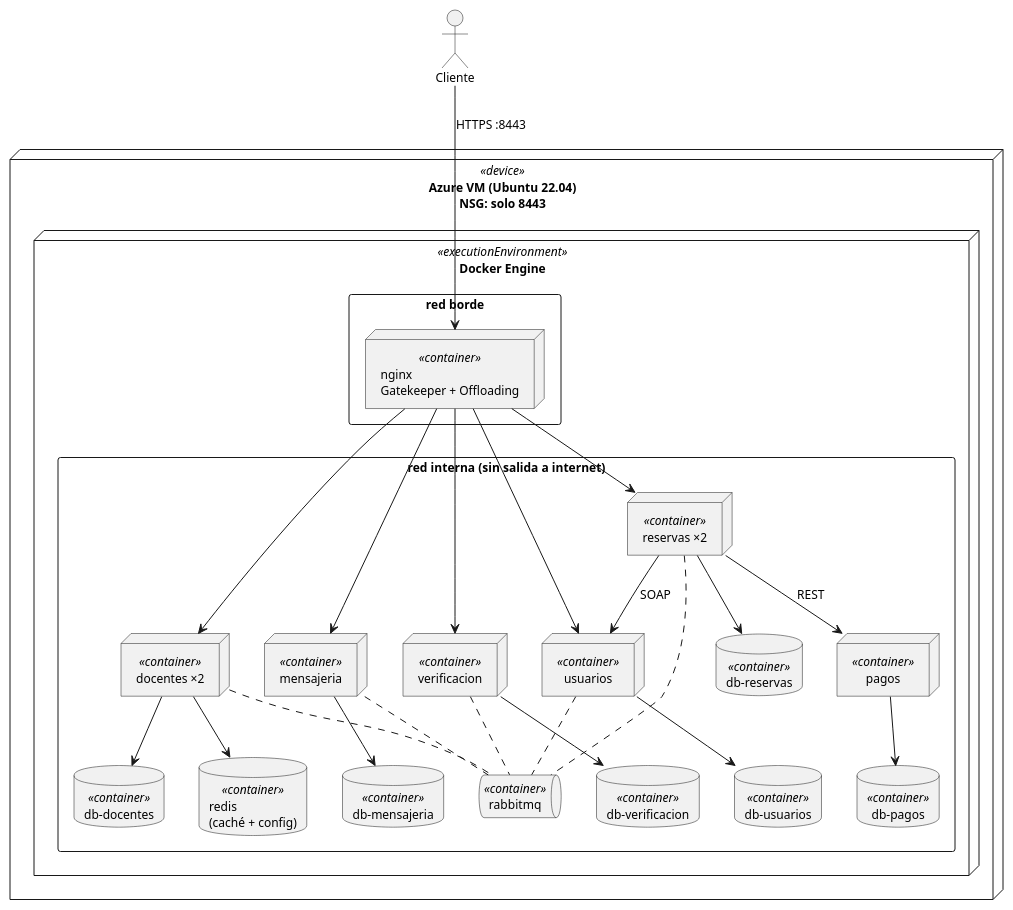
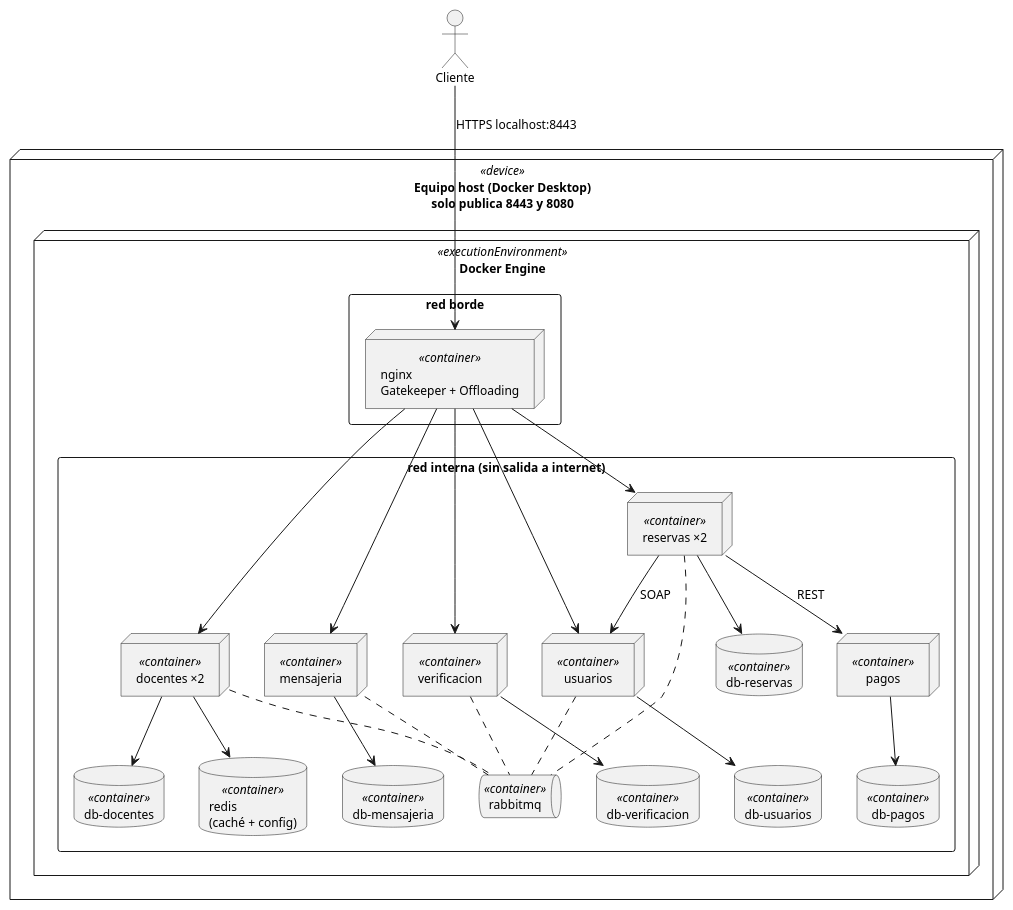
One commit to SebastianCuneo/tutorYA changed the diagram in docs/ut5/despliegue.puml. Above: the diagram before and after it, drawn with PlantUML. The commit also changed 1 other file, not shown here.

Commit message:
UT5: diagrama de despliegue en un equipo host con Docker Compose
Claude-Session: https://claude.ai/code/session_01Mu2WUyvK3Cd1Sy9WUUAcde

```diff
--- a/docs/ut5/despliegue.puml
+++ b/docs/ut5/despliegue.puml
@@ -1,53 +1,53 @@
 @startuml despliegue
 skinparam monochrome true
 skinparam shadowing false
 skinparam defaultFontName Arial
 skinparam defaultFontSize 12
 skinparam backgroundColor white
 
 actor Cliente
-node "Azure VM (Ubuntu 22.04)\nNSG: solo 8443" <<device>> as VM {
+node "Equipo host (Docker Desktop)\nsolo publica 8443 y 8080" <<device>> as VM {
   node "Docker Engine" <<executionEnvironment>> as DE {
     rectangle "red borde" {
       node "nginx\nGatekeeper + Offloading" <<container>> as NG
     }
     rectangle "red interna (sin salida a internet)" {
       node "usuarios" <<container>> as cu
       node "docentes ×2" <<container>> as cd
       node "mensajeria" <<container>> as cm
       node "verificacion" <<container>> as cv
       node "reservas ×2" <<container>> as cr
       node "pagos" <<container>> as cp
       database "db-usuarios" <<container>> as du
       database "db-docentes" <<container>> as dd
       database "db-mensajeria" <<container>> as dm
       database "db-verificacion" <<container>> as dv
       database "db-reservas" <<container>> as dr
       database "db-pagos" <<container>> as dp
       queue "rabbitmq" <<container>> as mq
       database "redis\n(caché + config)" <<container>> as rd
     }
   }
 }
 
-Cliente --> NG : HTTPS :8443
+Cliente --> NG : HTTPS localhost:8443
 NG --> cu
 NG --> cd
 NG --> cm
 NG --> cv
 NG --> cr
 cu --> du
 cd --> dd
 cm --> dm
 cv --> dv
 cr --> dr
 cp --> dp
 cr --> cp : REST
 cr --> cu : SOAP
 cd --> rd
 cu .. mq
 cd .. mq
 cm .. mq
 cv .. mq
 cr .. mq
 @enduml
```
